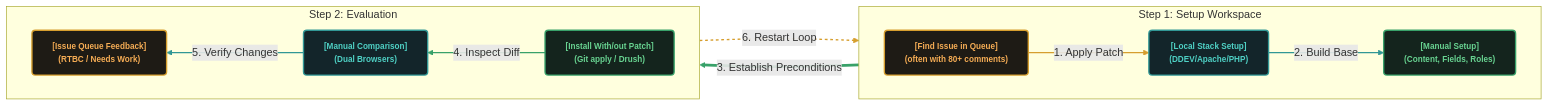
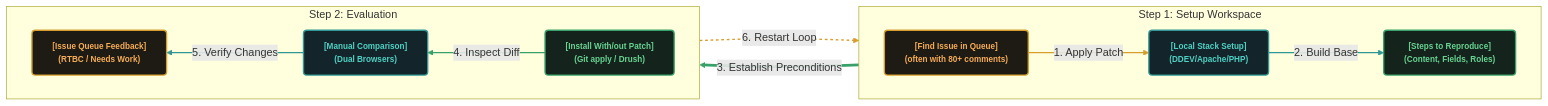
The first of 2 diagrams in Drupal-issue-queue.md (mgifford/mermaid-graphs), drawn with Mermaid before and after one commit.

````diff
--- a/Drupal-issue-queue.md
+++ b/Drupal-issue-queue.md
@@ -5,43 +5,43 @@
 ```mermaid
 flowchart LR
     %% Define Global Styles
     classDef phaseBox fill:#1e1b15,stroke:#D69E2E,stroke-width:2px,color:#F6AD55,font-size:12px,font-weight:bold,rx:5px,ry:5px;
     classDef phaseBoxCyan fill:#13252a,stroke:#319795,stroke-width:2px,color:#4FD1C5,font-size:12px,font-weight:bold,rx:5px,ry:5px;
     classDef phaseBoxGreen fill:#14241d,stroke:#38A169,stroke-width:2px,color:#68D391,font-size:12px,font-weight:bold,rx:5px,ry:5px;
 
     %% ROW 1 (Setup Workspace): Left-to-Right Horizontal Group
     subgraph Row1 [Step 1: Setup Workspace]
         direction LR
         Node1["[Find Issue in Queue]<br/>(often with 80+ comments)"]:::phaseBox
         Node2["[Local Stack Setup]<br/>(DDEV/Apache/PHP)"]:::phaseBoxCyan
-        Node3["[Manual Setup]<br/>(Content, Fields, Roles)"]:::phaseBoxGreen
+        Node3["[Steps to Reproduce]<br/>(Content, Fields, Roles)"]:::phaseBoxGreen
 
         Node1 -->|1. Apply Patch| Node2
         Node2 -->|2. Build Base| Node3
     end
 
     %% Step down transition between Row 1 and Row 2
     Node3 ==>|3. Establish Preconditions| Node4
 
     %% ROW 2 (Evaluation): Right-to-Left Horizontal Group (reverted to maintain loop)
     subgraph Row2 [Step 2: Evaluation]
         direction RL
         Node6["[Issue Queue Feedback]<br/>(RTBC / Needs Work)"]:::phaseBox
         Node5["[Manual Comparison]<br/>(Dual Browsers)"]:::phaseBoxCyan
         Node4["[Install With/out Patch]<br/>(Git apply / Drush)"]:::phaseBoxGreen
 
         Node4 -->|4. Inspect Diff| Node5
         Node5 -->|5. Verify Changes| Node6
     end
 
     %% Visual feedback loop (Bottom Row back to Top Row)
     Node6 -.->|6. Restart Loop| Node1
 
     %% Styling Connections
     linkStyle 0 stroke:#D69E2E,stroke-width:2px;
     linkStyle 1 stroke:#319795,stroke-width:2px;
     linkStyle 2 stroke:#38A169,stroke-width:4px;
     linkStyle 3 stroke:#38A169,stroke-width:2px;
     linkStyle 4 stroke:#319795,stroke-width:2px;
     linkStyle 5 stroke:#D69E2E,stroke-width:2px,stroke-dasharray: 4 4;
 ```
````
